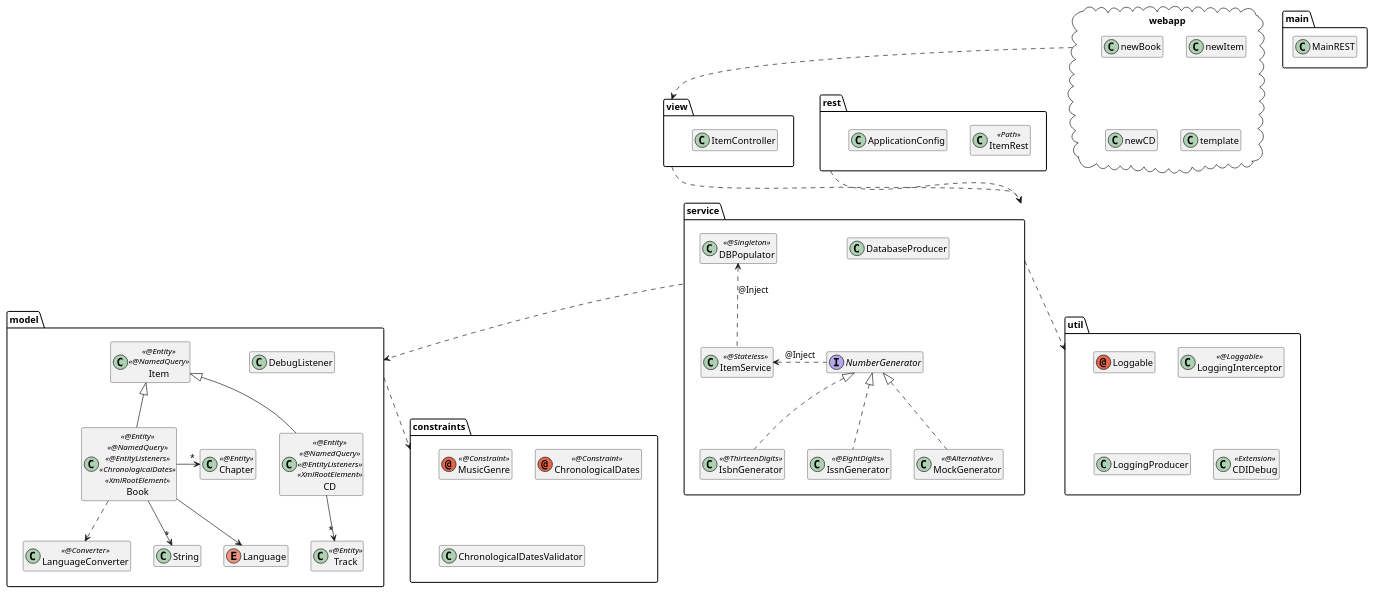
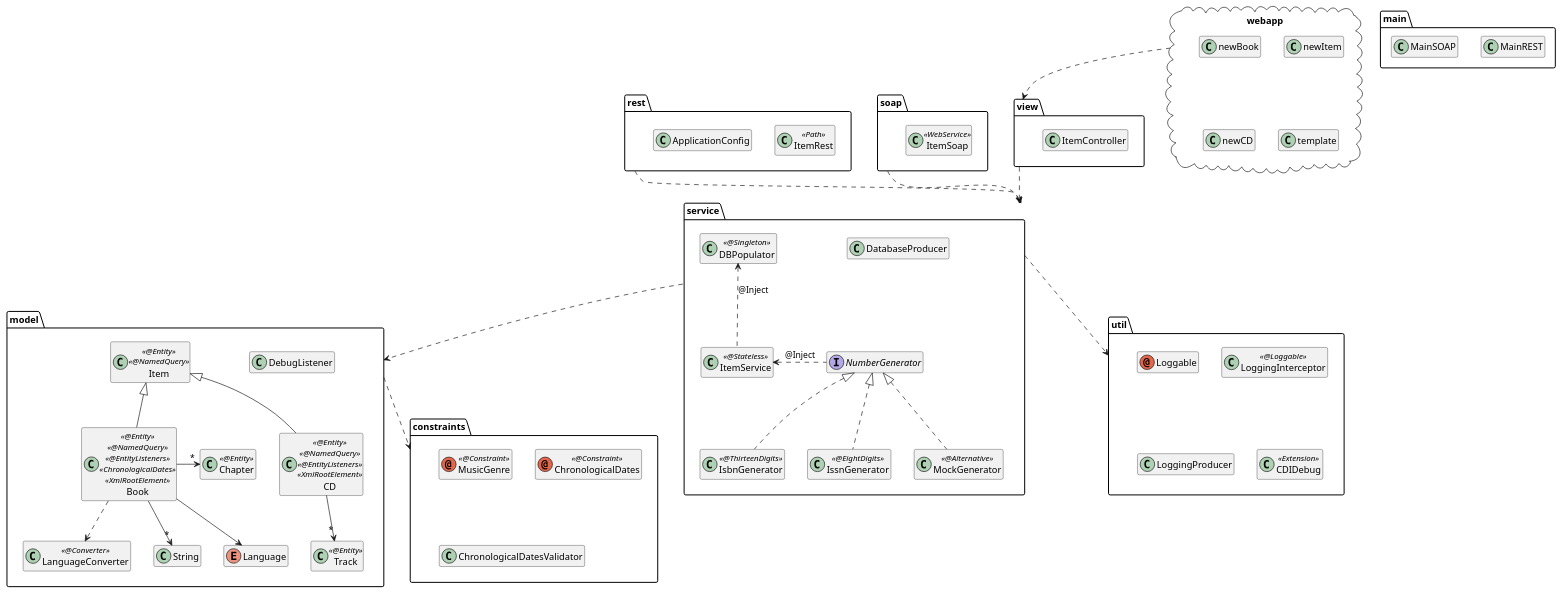
The diagram in 20-JMS/demo20.puml (agoncal/agoncal-training-javaee7), drawn with PlantUML before and after one commit. The commit also changed 2 other files, not shown here.

Commit message:
Updating UML diagrams

```diff
--- a/20-JMS/demo20.puml
+++ b/20-JMS/demo20.puml
@@ -1,81 +1,87 @@
 @startuml
 
 hide members
 
 package "main" {
     class MainREST
+    class MainSOAP
 }
 
 package "webapp"  <<Cloud>> {
     class newItem
     class newBook
     class newCD
     class template
 }
 
 package "view"  {
     class ItemController
 }
 
 package "rest"  {
     class ItemRest  << Path >>
     class ApplicationConfig
+}
+
+package "soap"  {
+    class ItemSoap  << WebService >>
 }
 
 package "service" {
     interface NumberGenerator
     class IsbnGenerator << @ThirteenDigits >>
     class IssnGenerator << @EightDigits >>
     class MockGenerator << @Alternative >>
     class ItemService << @Stateless >>
     class DatabaseProducer
     class DBPopulator << @Singleton >>
 
     ItemService <.right. NumberGenerator : @Inject
     DBPopulator <.down. ItemService : @Inject
     NumberGenerator <|.. IsbnGenerator
     NumberGenerator <|.. IssnGenerator
     NumberGenerator <|.. MockGenerator
 }
 
 package "model" {
     class DebugListener
     class Item << @Entity >> << @NamedQuery >>
     class CD << @Entity >> << @NamedQuery >> << @EntityListeners >> << XmlRootElement >>
     class Track << @Entity >>
     class Chapter << @Entity >>
     class Book << @Entity >> << @NamedQuery >> << @EntityListeners >> << ChronologicalDates >> << XmlRootElement >>
     class String
     enum Language
     class LanguageConverter << @Converter >>
 
     Item <|-- CD
     Item <|-- Book
     CD --> "*" Track
     Book --> "*" String
     Book -right-> "*" Chapter
     Book --> Language
     Book ..> LanguageConverter
 }
 
 package "constraints" {
     annotation MusicGenre << @Constraint >>
     annotation ChronologicalDates << @Constraint >>
     class ChronologicalDatesValidator
 }
 
 package "util" {
     annotation Loggable
     class LoggingInterceptor << @Loggable >>
     class LoggingProducer
     class CDIDebug << Extension >>
 }
 
 webapp ..> view
 rest ..> service
+soap ..> service
 view ..> service
 service ..> model
 service ..> util
 model ..> constraints
 
 @enduml
```
